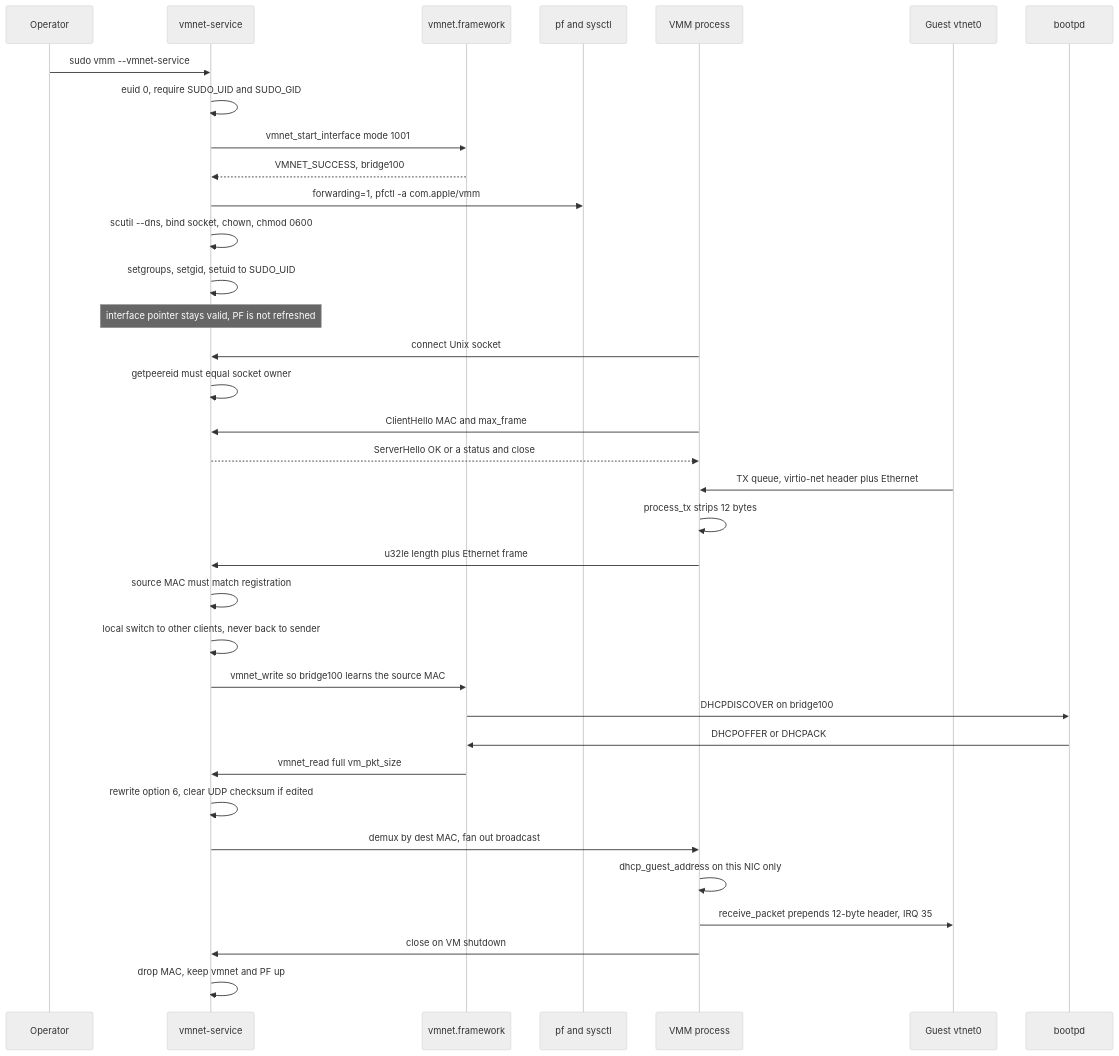
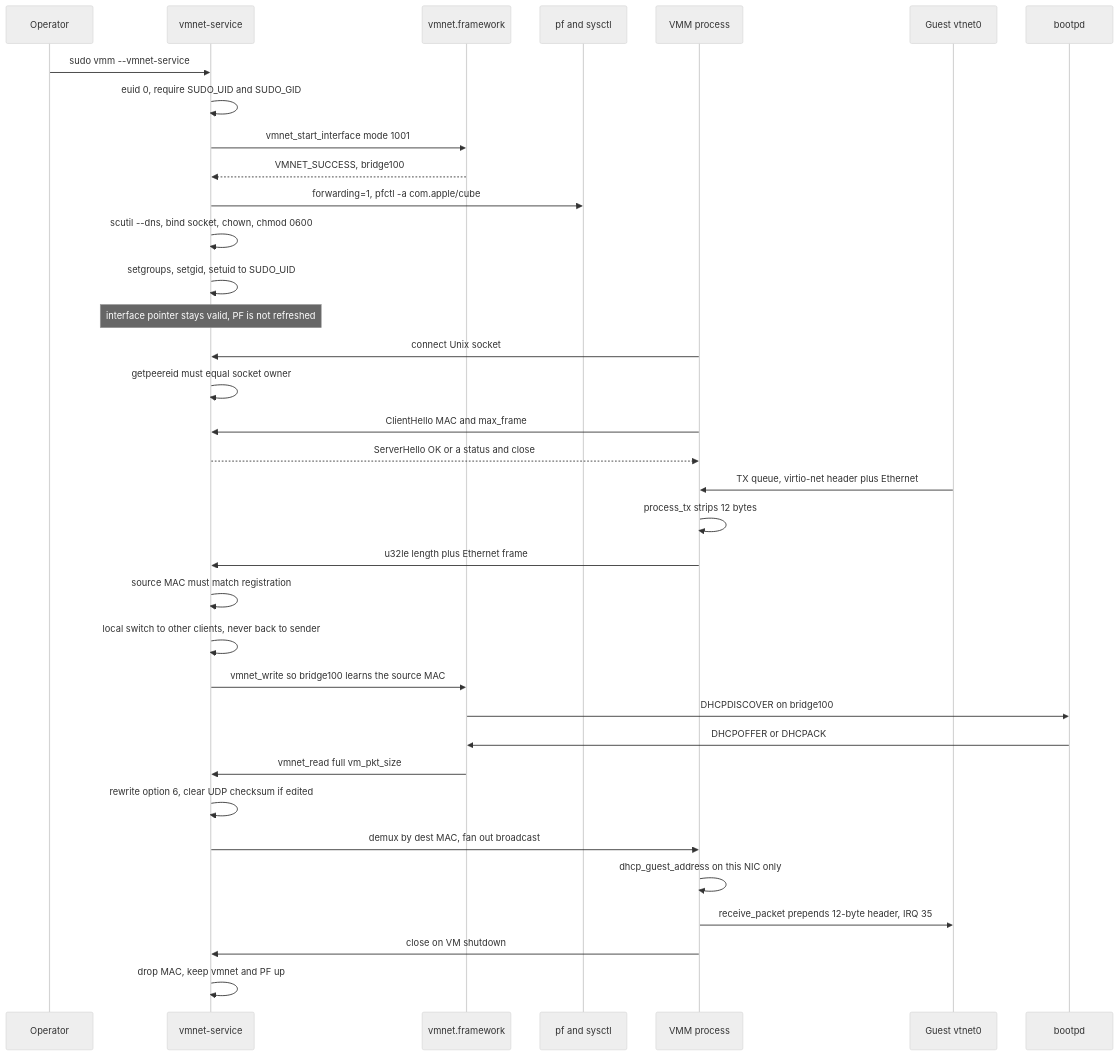
The second of 2 diagrams in docs/vmnet-service-design.md (darcyliu/cube), drawn with Mermaid (neutral theme) before and after one commit. The commit also changed other lines of this file and 63 other files, not shown here.

````diff
--- a/docs/vmnet-service-design.md
+++ b/docs/vmnet-service-design.md
@@ -155,41 +155,41 @@
 ```mermaid
 sequenceDiagram
     participant Op as Operator
     participant Svc as vmnet-service
     participant VMN as vmnet.framework
     participant PF as pf and sysctl
     participant VMM as VMM process
     participant G as Guest vtnet0
     participant D as bootpd
 
     Op->>Svc: sudo vmm --vmnet-service
     Svc->>Svc: euid 0, require SUDO_UID and SUDO_GID
     Svc->>VMN: vmnet_start_interface mode 1001
     VMN-->>Svc: VMNET_SUCCESS, bridge100
-    Svc->>PF: forwarding=1, pfctl -a com.apple/vmm
+    Svc->>PF: forwarding=1, pfctl -a com.apple/cube
     Svc->>Svc: scutil --dns, bind socket, chown, chmod 0600
     Svc->>Svc: setgroups, setgid, setuid to SUDO_UID
     Note over Svc: interface pointer stays valid, PF is not refreshed
 
     VMM->>Svc: connect Unix socket
     Svc->>Svc: getpeereid must equal socket owner
     VMM->>Svc: ClientHello MAC and max_frame
     Svc-->>VMM: ServerHello OK or a status and close
 
     G->>VMM: TX queue, virtio-net header plus Ethernet
     VMM->>VMM: process_tx strips 12 bytes
     VMM->>Svc: u32le length plus Ethernet frame
     Svc->>Svc: source MAC must match registration
     Svc->>Svc: local switch to other clients, never back to sender
     Svc->>VMN: vmnet_write so bridge100 learns the source MAC
     VMN->>D: DHCPDISCOVER on bridge100
     D->>VMN: DHCPOFFER or DHCPACK
     VMN->>Svc: vmnet_read full vm_pkt_size
     Svc->>Svc: rewrite option 6, clear UDP checksum if edited
     Svc->>VMM: demux by dest MAC, fan out broadcast
     VMM->>VMM: dhcp_guest_address on this NIC only
     VMM->>G: receive_packet prepends 12-byte header, IRQ 35
 
     VMM->>Svc: close on VM shutdown
     Svc->>Svc: drop MAC, keep vmnet and PF up
 ```
````
